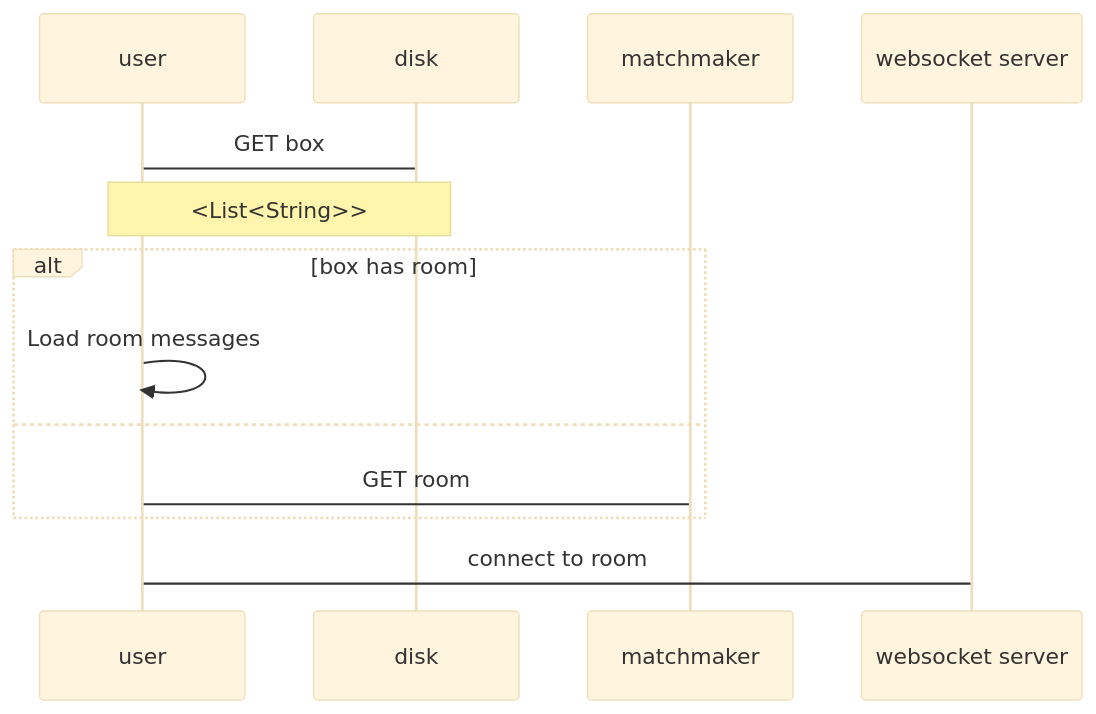
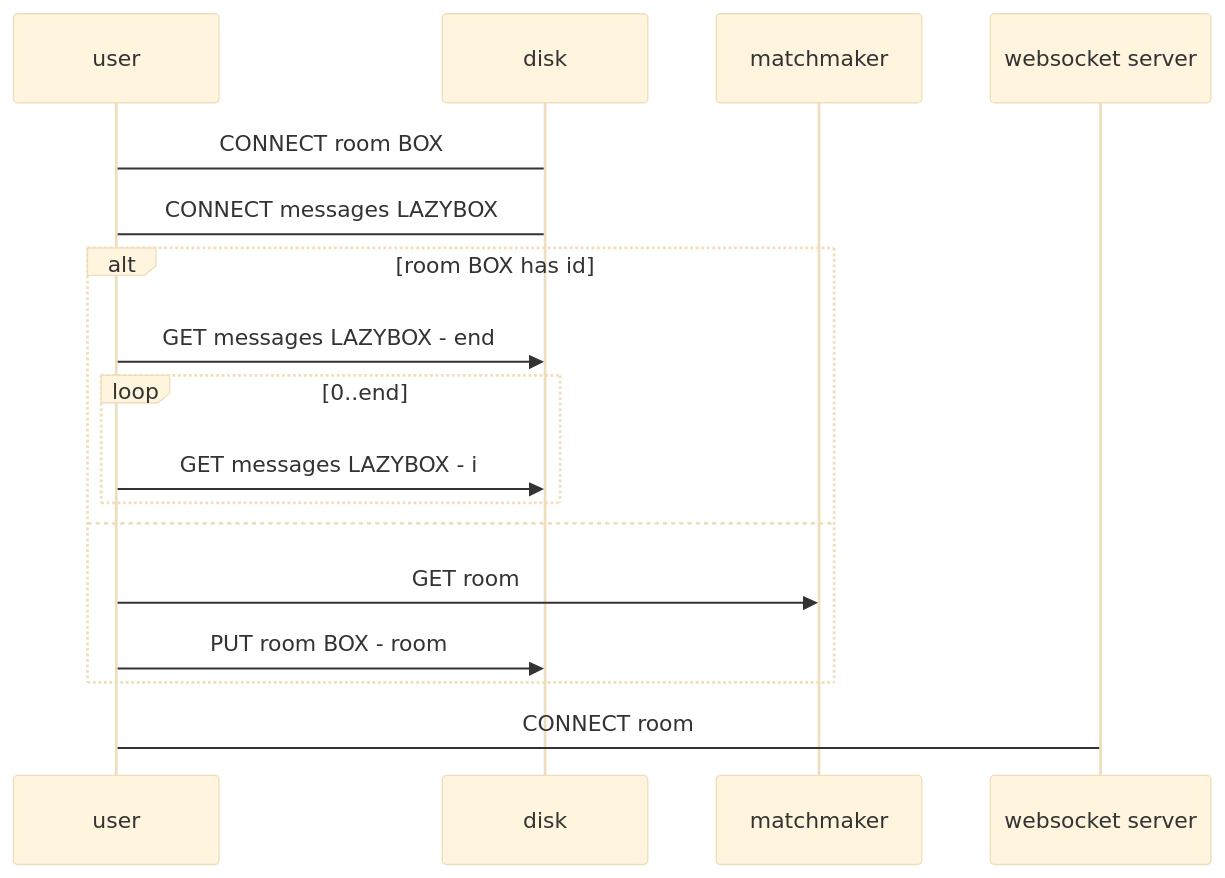
Before and after one commit to AdrKacz/super-duper-guacamole: the third of 6 diagrams in README.md, drawn with Mermaid (base theme). The commit also changed other lines of this file, not shown here.

````diff
--- a/README.md
+++ b/README.md
@@ -80,16 +82,20 @@
 ```mermaid
 sequenceDiagram
     participant u as user
     participant d as disk
     participant m as matchmaker
     participant w as websocket server
-    u -> d: GET box
-    note over u,d: <List<String>>
-    alt box has room
-        u ->> u: Load room messages
+    u -> d: CONNECT room BOX
+    u -> d: CONNECT messages LAZYBOX
+    alt room BOX has id
+        u ->> d: GET messages LAZYBOX - end
+        loop 0..end
+            u ->> d: GET messages LAZYBOX - i
+        end
     else
-        u -> m: GET room
+        u ->> m: GET room
+        u ->> d: PUT room BOX - room
         
     end
-    u -> w: connect to room
+    u -> w: CONNECT room
 ```
````
